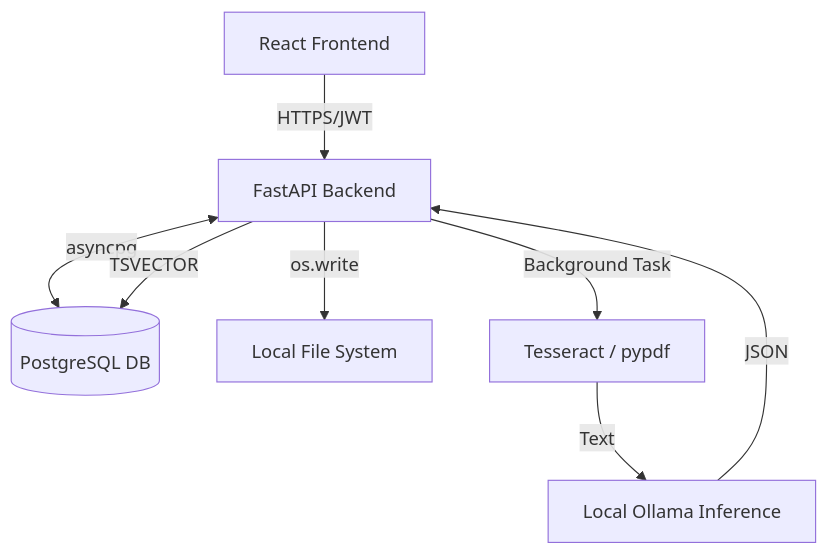
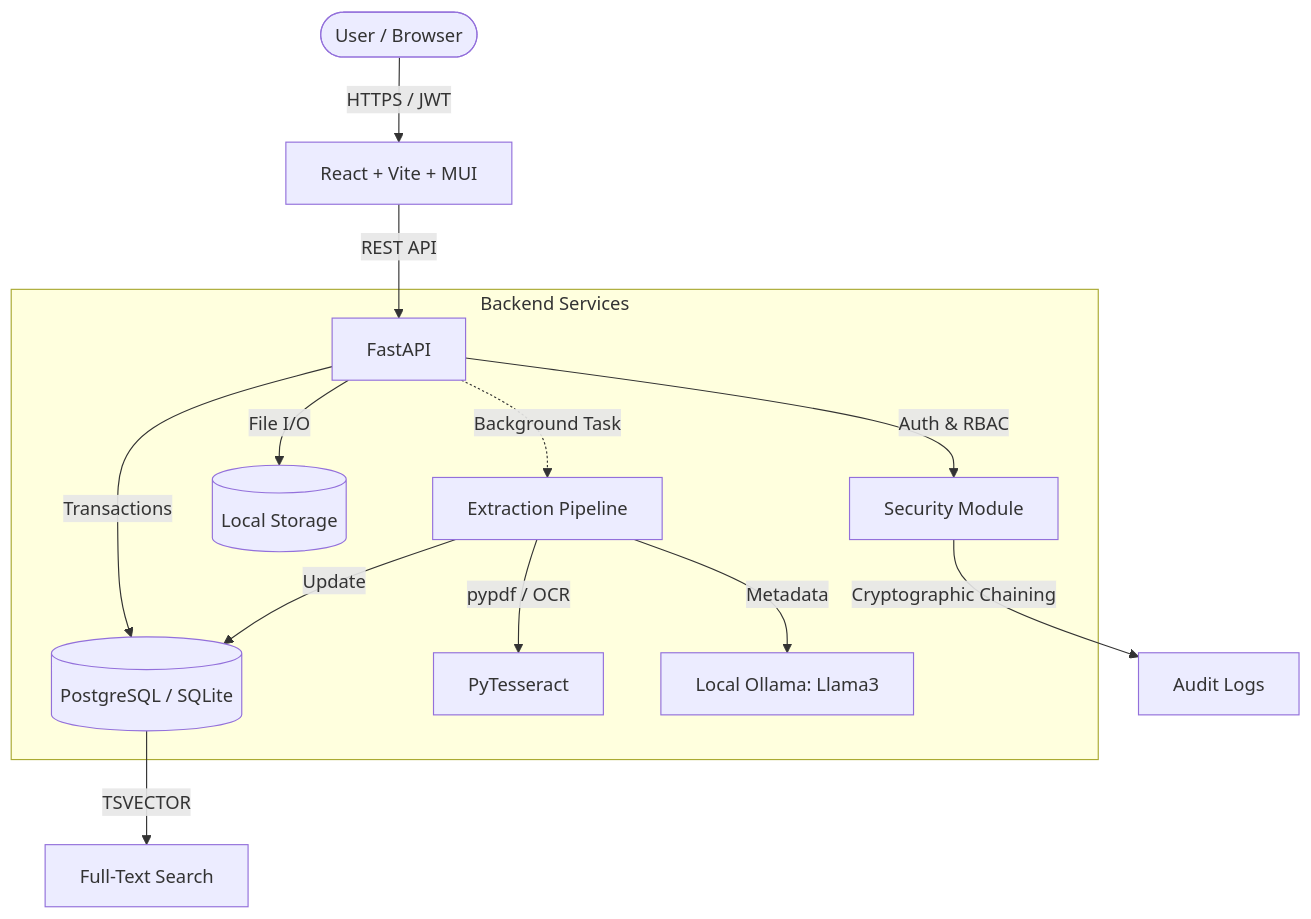
The third of 3 diagrams in README.md (Prabhanshu2025B0384/SDMS), drawn with Mermaid before and after one commit. The commit also changed other lines of this file and 12 other files, not shown here.

````diff
--- a/README.md
+++ b/README.md
@@ -95,10 +162,19 @@
 ```mermaid
-graph TD;
-    Client[React Frontend] -->|HTTPS/JWT| FastAPI[FastAPI Backend];
-    FastAPI <-->|asyncpg| PostgreSQL[(PostgreSQL DB)];
-    FastAPI -->|os.write| LocalStorage[Local File System];
-    FastAPI -->|Background Task| OCR[Tesseract / pypdf];
-    OCR -->|Text| AI[Local Ollama Inference];
-    AI -->|JSON| FastAPI;
-    FastAPI -->|TSVECTOR| PostgreSQL;
+graph TD
+    User([User / Browser]) -->|HTTPS / JWT| Frontend[React + Vite + MUI]
+    Frontend -->|REST API| Backend[FastAPI]
+    
+    subgraph Backend Services
+        Backend -->|Auth & RBAC| Auth[Security Module]
+        Backend -->|Transactions| DB[(PostgreSQL / SQLite)]
+        Backend -->|File I/O| Disk[(Local Storage)]
+        
+        Backend -.->|Background Task| Pipeline[Extraction Pipeline]
+        Pipeline -->|pypdf / OCR| PDF[PyTesseract]
+        Pipeline -->|Metadata| AI[Local Ollama: Llama3]
+        Pipeline -->|Update| DB
+    end
+    
+    DB -->|TSVECTOR| Search[Full-Text Search]
+    Auth -->|Cryptographic Chaining| Audit[Audit Logs]
 ```
````
